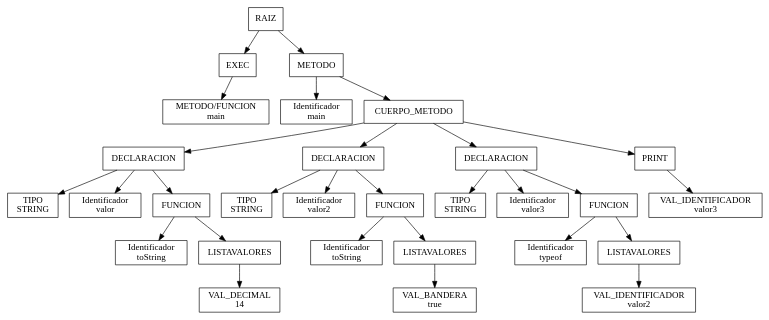
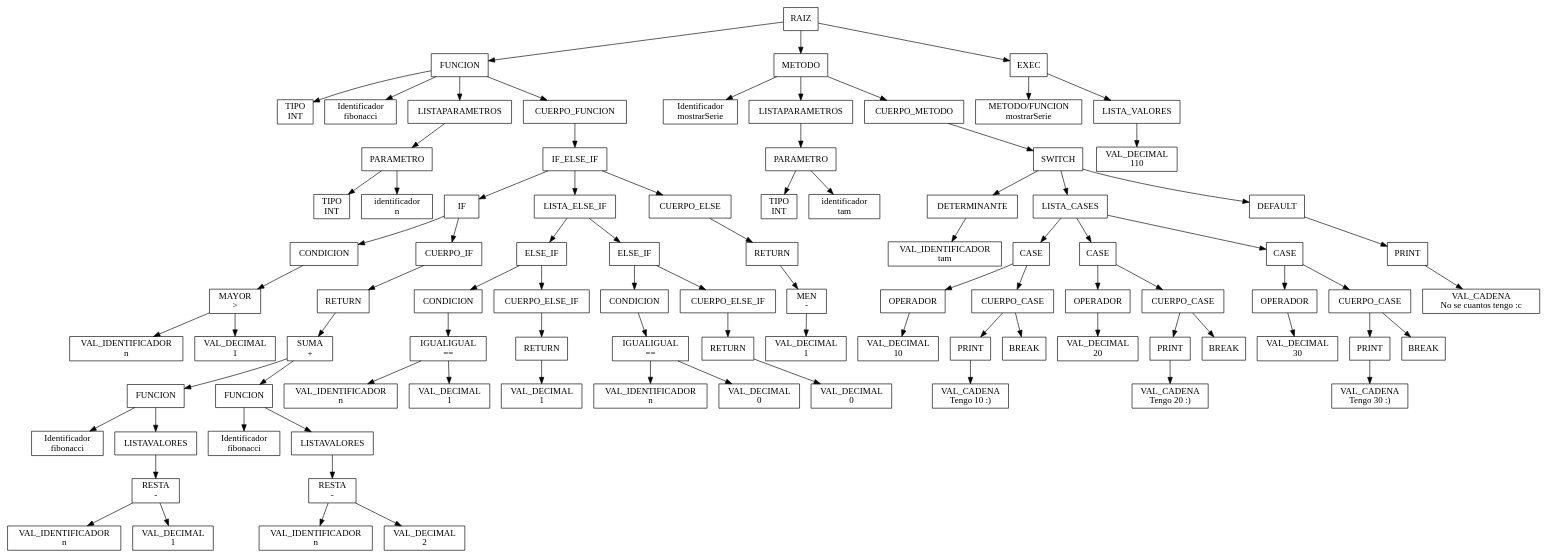
One commit to AngelArteaga1/OLC_Proyecto2_201901816 changed the diagram in backend/controller/ReporteAST/AST.dot. Above: the diagram before and after it, drawn with Graphviz. The commit also changed 12 other files, not shown here.

```diff
--- a/backend/controller/ReporteAST/AST.dot
+++ b/backend/controller/ReporteAST/AST.dot
@@ -1,58 +1,180 @@
 digraph G{node[shape="box"]Nodo0[label="RAIZ"];
-Nodo1[label="EXEC"];
+Nodo1[label="FUNCION"];
 Nodo0->Nodo1;
-Nodo2[label="METODO/FUNCION \n main"];
+Nodo2[label="TIPO \n INT"];
 Nodo1->Nodo2;
-Nodo3[label="METODO"];
-Nodo0->Nodo3;
-Nodo4[label="Identificador \n main"];
-Nodo3->Nodo4;
-Nodo5[label="CUERPO_METODO"];
-Nodo3->Nodo5;
-Nodo6[label="DECLARACION"];
+Nodo3[label="Identificador \n fibonacci"];
+Nodo1->Nodo3;
+Nodo4[label="LISTAPARAMETROS"];
+Nodo1->Nodo4;
+Nodo5[label="PARAMETRO"];
+Nodo4->Nodo5;
+Nodo6[label="TIPO \n INT"];
 Nodo5->Nodo6;
-Nodo7[label="TIPO \n STRING"];
-Nodo6->Nodo7;
-Nodo8[label="Identificador \n valor"];
-Nodo6->Nodo8;
-Nodo9[label="FUNCION"];
-Nodo6->Nodo9;
-Nodo10[label="Identificador \n toString"];
+Nodo7[label="identificador \n n"];
+Nodo5->Nodo7;
+Nodo8[label="CUERPO_FUNCION"];
+Nodo1->Nodo8;
+Nodo9[label="IF_ELSE_IF"];
+Nodo8->Nodo9;
+Nodo10[label="IF"];
 Nodo9->Nodo10;
-Nodo11[label="LISTAVALORES"];
-Nodo9->Nodo11;
-Nodo12[label="VAL_DECIMAL \n 14"];
+Nodo11[label="CONDICION"];
+Nodo10->Nodo11;
+Nodo12[label=" MAYOR \n >"];
 Nodo11->Nodo12;
-Nodo13[label="DECLARACION"];
-Nodo5->Nodo13;
-Nodo14[label="TIPO \n STRING"];
-Nodo13->Nodo14;
-Nodo15[label="Identificador \n valor2"];
-Nodo13->Nodo15;
-Nodo16[label="FUNCION"];
-Nodo13->Nodo16;
-Nodo17[label="Identificador \n toString"];
+Nodo13[label="VAL_IDENTIFICADOR \n n"];
+Nodo12->Nodo13;
+Nodo14[label="VAL_DECIMAL \n 1"];
+Nodo12->Nodo14;
+Nodo15[label="CUERPO_IF"];
+Nodo10->Nodo15;
+Nodo16[label="RETURN"];
+Nodo15->Nodo16;
+Nodo17[label=" SUMA \n +"];
 Nodo16->Nodo17;
-Nodo18[label="LISTAVALORES"];
-Nodo16->Nodo18;
-Nodo19[label="VAL_BANDERA \n true"];
+Nodo18[label="FUNCION"];
+Nodo17->Nodo18;
+Nodo19[label="Identificador \n fibonacci"];
 Nodo18->Nodo19;
-Nodo20[label="DECLARACION"];
-Nodo5->Nodo20;
-Nodo21[label="TIPO \n STRING"];
+Nodo20[label="LISTAVALORES"];
+Nodo18->Nodo20;
+Nodo21[label=" RESTA \n -"];
 Nodo20->Nodo21;
-Nodo22[label="Identificador \n valor3"];
-Nodo20->Nodo22;
-Nodo23[label="FUNCION"];
-Nodo20->Nodo23;
-Nodo24[label="Identificador \n typeof"];
-Nodo23->Nodo24;
-Nodo25[label="LISTAVALORES"];
-Nodo23->Nodo25;
-Nodo26[label="VAL_IDENTIFICADOR \n valor2"];
-Nodo25->Nodo26;
-Nodo27[label="PRINT"];
-Nodo5->Nodo27;
-Nodo28[label="VAL_IDENTIFICADOR \n valor3"];
+Nodo22[label="VAL_IDENTIFICADOR \n n"];
+Nodo21->Nodo22;
+Nodo23[label="VAL_DECIMAL \n 1"];
+Nodo21->Nodo23;
+Nodo24[label="FUNCION"];
+Nodo17->Nodo24;
+Nodo25[label="Identificador \n fibonacci"];
+Nodo24->Nodo25;
+Nodo26[label="LISTAVALORES"];
+Nodo24->Nodo26;
+Nodo27[label=" RESTA \n -"];
+Nodo26->Nodo27;
+Nodo28[label="VAL_IDENTIFICADOR \n n"];
 Nodo27->Nodo28;
+Nodo29[label="VAL_DECIMAL \n 2"];
+Nodo27->Nodo29;
+Nodo30[label="LISTA_ELSE_IF"];
+Nodo9->Nodo30;
+Nodo31[label="ELSE_IF"];
+Nodo30->Nodo31;
+Nodo32[label="CONDICION"];
+Nodo31->Nodo32;
+Nodo33[label=" IGUALIGUAL \n =="];
+Nodo32->Nodo33;
+Nodo34[label="VAL_IDENTIFICADOR \n n"];
+Nodo33->Nodo34;
+Nodo35[label="VAL_DECIMAL \n 1"];
+Nodo33->Nodo35;
+Nodo36[label="CUERPO_ELSE_IF"];
+Nodo31->Nodo36;
+Nodo37[label="RETURN"];
+Nodo36->Nodo37;
+Nodo38[label="VAL_DECIMAL \n 1"];
+Nodo37->Nodo38;
+Nodo39[label="ELSE_IF"];
+Nodo30->Nodo39;
+Nodo40[label="CONDICION"];
+Nodo39->Nodo40;
+Nodo41[label=" IGUALIGUAL \n =="];
+Nodo40->Nodo41;
+Nodo42[label="VAL_IDENTIFICADOR \n n"];
+Nodo41->Nodo42;
+Nodo43[label="VAL_DECIMAL \n 0"];
+Nodo41->Nodo43;
+Nodo44[label="CUERPO_ELSE_IF"];
+Nodo39->Nodo44;
+Nodo45[label="RETURN"];
+Nodo44->Nodo45;
+Nodo46[label="VAL_DECIMAL \n 0"];
+Nodo45->Nodo46;
+Nodo47[label="CUERPO_ELSE"];
+Nodo9->Nodo47;
+Nodo48[label="RETURN"];
+Nodo47->Nodo48;
+Nodo49[label=" MEN \n -"];
+Nodo48->Nodo49;
+Nodo50[label="VAL_DECIMAL \n 1"];
+Nodo49->Nodo50;
+Nodo51[label="METODO"];
+Nodo0->Nodo51;
+Nodo52[label="Identificador \n mostrarSerie"];
+Nodo51->Nodo52;
+Nodo53[label="LISTAPARAMETROS"];
+Nodo51->Nodo53;
+Nodo54[label="PARAMETRO"];
+Nodo53->Nodo54;
+Nodo55[label="TIPO \n INT"];
+Nodo54->Nodo55;
+Nodo56[label="identificador \n tam"];
+Nodo54->Nodo56;
+Nodo57[label="CUERPO_METODO"];
+Nodo51->Nodo57;
+Nodo58[label="SWITCH"];
+Nodo57->Nodo58;
+Nodo59[label="DETERMINANTE"];
+Nodo58->Nodo59;
+Nodo60[label="VAL_IDENTIFICADOR \n tam"];
+Nodo59->Nodo60;
+Nodo61[label="LISTA_CASES"];
+Nodo58->Nodo61;
+Nodo62[label="CASE"];
+Nodo61->Nodo62;
+Nodo63[label="OPERADOR"];
+Nodo62->Nodo63;
+Nodo64[label="VAL_DECIMAL \n 10"];
+Nodo63->Nodo64;
+Nodo65[label="CUERPO_CASE"];
+Nodo62->Nodo65;
+Nodo66[label="PRINT"];
+Nodo65->Nodo66;
+Nodo67[label="VAL_CADENA \n Tengo 10 :)"];
+Nodo66->Nodo67;
+Nodo68[label="BREAK"];
+Nodo65->Nodo68;
+Nodo69[label="CASE"];
+Nodo61->Nodo69;
+Nodo70[label="OPERADOR"];
+Nodo69->Nodo70;
+Nodo71[label="VAL_DECIMAL \n 20"];
+Nodo70->Nodo71;
+Nodo72[label="CUERPO_CASE"];
+Nodo69->Nodo72;
+Nodo73[label="PRINT"];
+Nodo72->Nodo73;
+Nodo74[label="VAL_CADENA \n Tengo 20 :)"];
+Nodo73->Nodo74;
+Nodo75[label="BREAK"];
+Nodo72->Nodo75;
+Nodo76[label="CASE"];
+Nodo61->Nodo76;
+Nodo77[label="OPERADOR"];
+Nodo76->Nodo77;
+Nodo78[label="VAL_DECIMAL \n 30"];
+Nodo77->Nodo78;
+Nodo79[label="CUERPO_CASE"];
+Nodo76->Nodo79;
+Nodo80[label="PRINT"];
+Nodo79->Nodo80;
+Nodo81[label="VAL_CADENA \n Tengo 30 :)"];
+Nodo80->Nodo81;
+Nodo82[label="BREAK"];
+Nodo79->Nodo82;
+Nodo83[label="DEFAULT"];
+Nodo58->Nodo83;
+Nodo84[label="PRINT"];
+Nodo83->Nodo84;
+Nodo85[label="VAL_CADENA \n No se cuantos tengo :c"];
+Nodo84->Nodo85;
+Nodo86[label="EXEC"];
+Nodo0->Nodo86;
+Nodo87[label="METODO/FUNCION \n mostrarSerie"];
+Nodo86->Nodo87;
+Nodo88[label="LISTA_VALORES"];
+Nodo86->Nodo88;
+Nodo89[label="VAL_DECIMAL \n 110"];
+Nodo88->Nodo89;
 }
```
